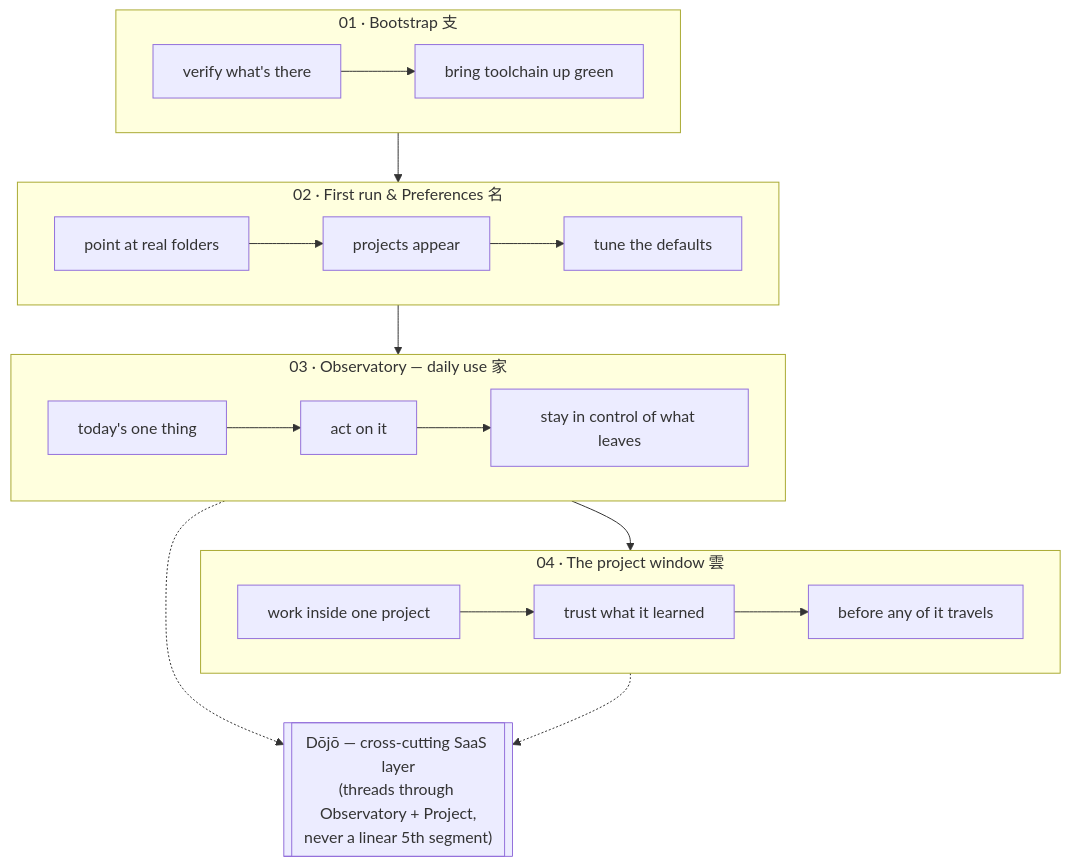
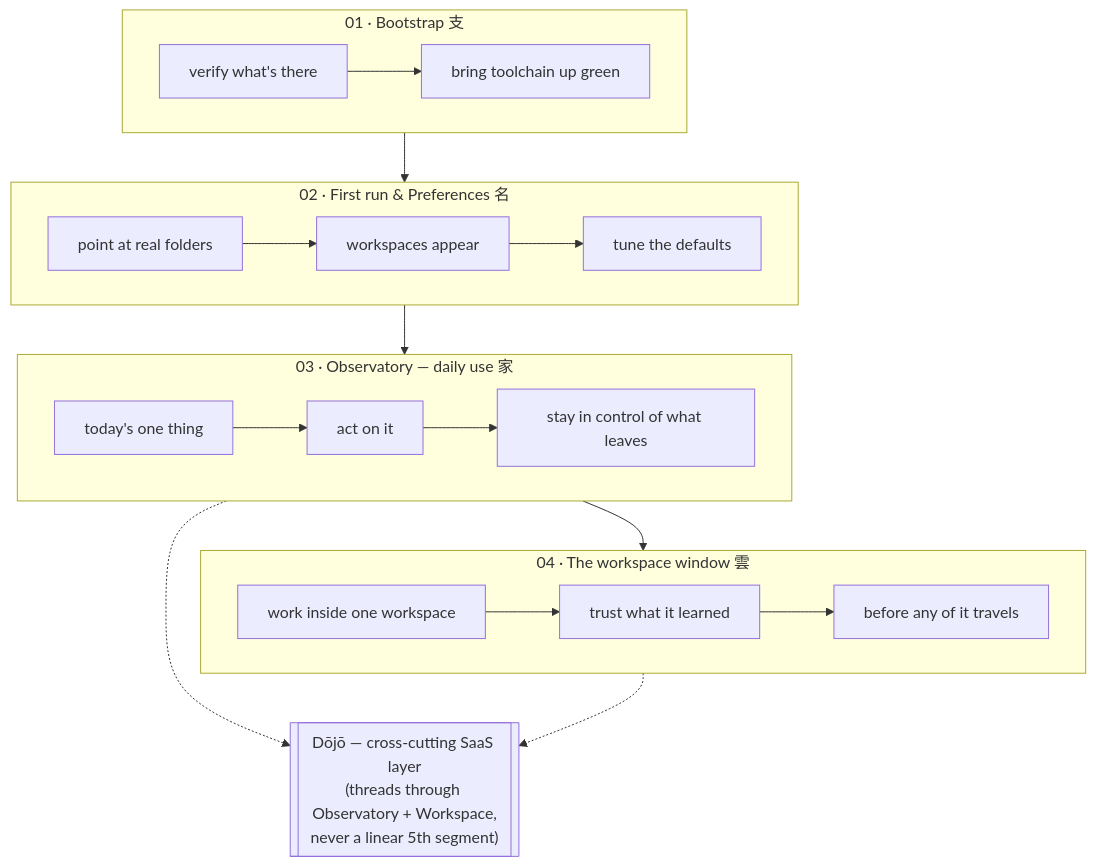
Before and after one commit to sensei-hq/sensei: the second of 2 diagrams in docs/prd/01-vision.md, drawn with Mermaid. The commit also changed other lines of this file and 40 other files, not shown here.

````diff
--- a/docs/prd/01-vision.md
+++ b/docs/prd/01-vision.md
@@ -67,23 +67,23 @@
 ```mermaid
 flowchart TD
     subgraph S1["01 · Bootstrap 支"]
         direction LR
         b1[verify what's there] --> b2[bring toolchain up green]
     end
     subgraph S2["02 · First run &amp; Preferences 名"]
         direction LR
-        f1[point at real folders] --> f2[projects appear] --> f3[tune the defaults]
+        f1[point at real folders] --> f2[workspaces appear] --> f3[tune the defaults]
     end
     subgraph S3["03 · Observatory — daily use 家"]
         direction LR
         o1[today's one thing] --> o2[act on it] --> o3[stay in control of what leaves]
     end
-    subgraph S4["04 · The project window 雲"]
+    subgraph S4["04 · The workspace window 雲"]
         direction LR
-        p1[work inside one project] --> p2[trust what it learned] --> p3[before any of it travels]
+        p1[work inside one workspace] --> p2[trust what it learned] --> p3[before any of it travels]
     end
     S1 --> S2 --> S3 --> S4
-    D[["Dōjō — cross-cutting SaaS layer<br/>(threads through Observatory + Project,<br/>never a linear 5th segment)"]]
+    D[["Dōjō — cross-cutting SaaS layer<br/>(threads through Observatory + Workspace,<br/>never a linear 5th segment)"]]
     S3 -.-> D
     S4 -.-> D
 ```
````
